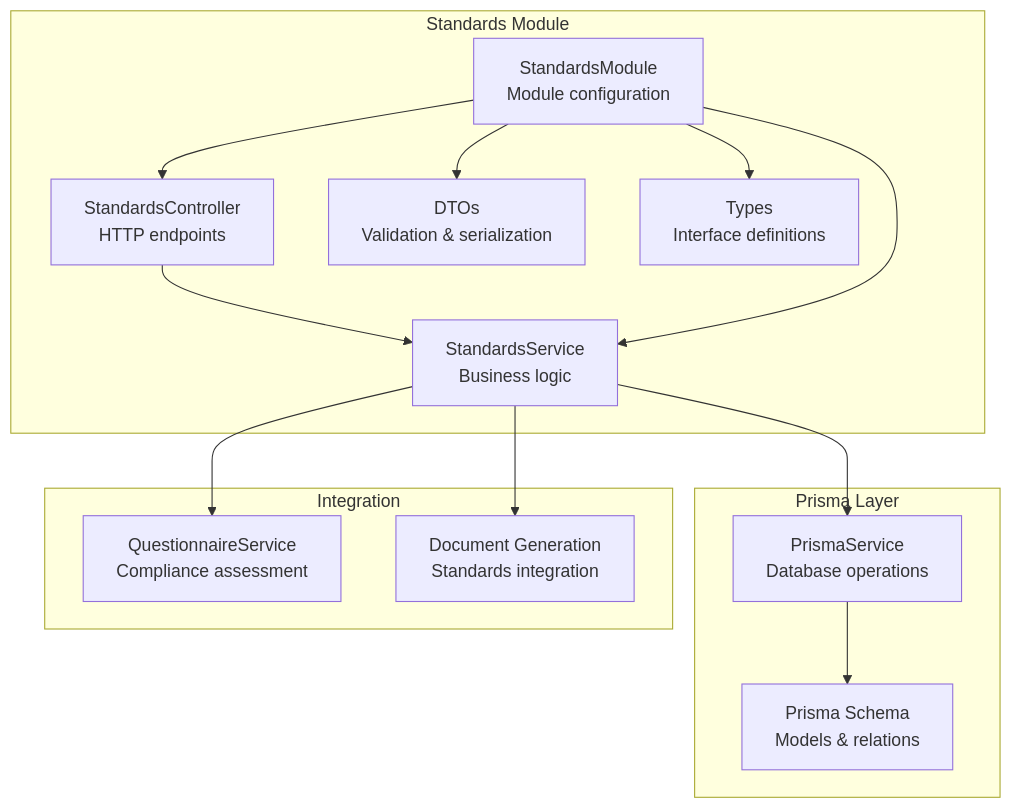
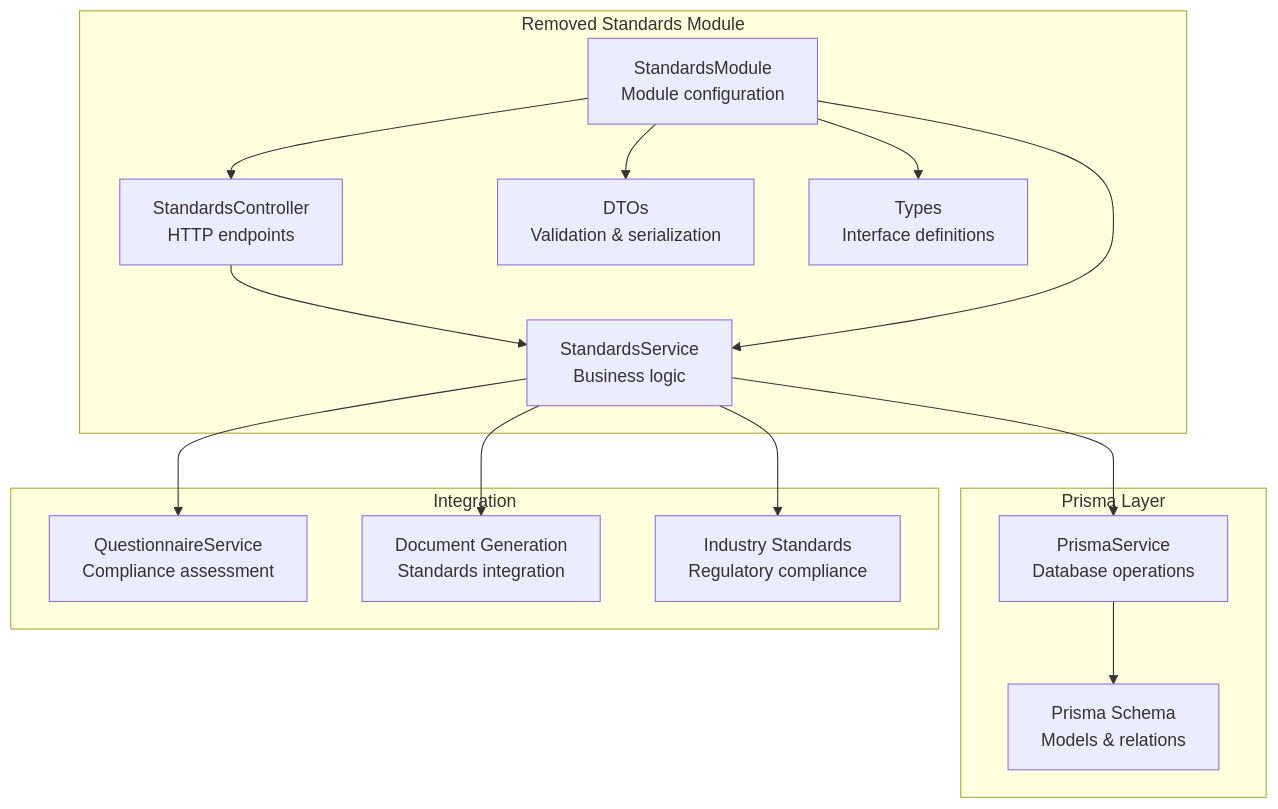
The first of 8 diagrams in .qoder/repowiki/en/content/Core Modules/Standards Module.md (Avi-Bendetsky/Quiz-to-build), drawn with Mermaid before and after one commit. The commit also changed other lines of this file and 41 other files, not shown here.

````diff
--- a/.qoder/repowiki/en/content/Core Modules/Standards Module.md
+++ b/.qoder/repowiki/en/content/Core Modules/Standards Module.md
@@ -35,27 +46,29 @@
 ```mermaid
 graph TB
-subgraph "Standards Module"
+subgraph "Removed Standards Module"
 Controller["StandardsController<br/>HTTP endpoints"]
 Service["StandardsService<br/>Business logic"]
 DTO["DTOs<br/>Validation & serialization"]
 Types["Types<br/>Interface definitions"]
 Module["StandardsModule<br/>Module configuration"]
 end
 subgraph "Prisma Layer"
 PrismaService["PrismaService<br/>Database operations"]
 Schema["Prisma Schema<br/>Models & relations"]
 end
 subgraph "Integration"
 Questionnaire["QuestionnaireService<br/>Compliance assessment"]
 Documents["Document Generation<br/>Standards integration"]
+Standards["Industry Standards<br/>Regulatory compliance"]
 end
 Controller --> Service
 Service --> PrismaService
 PrismaService --> Schema
 Service --> Questionnaire
 Service --> Documents
+Service --> Standards
 Module --> Controller
 Module --> Service
 Module --> DTO
 Module --> Types
 ```
````
